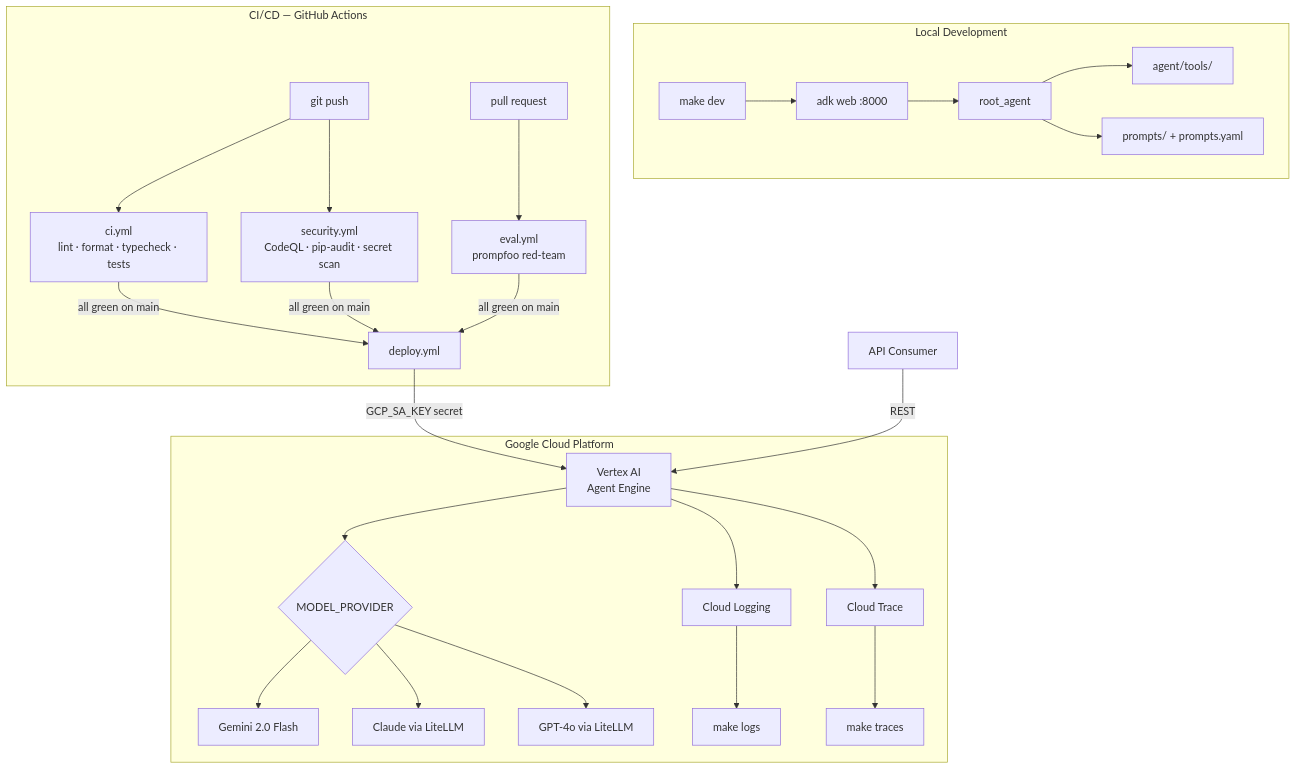
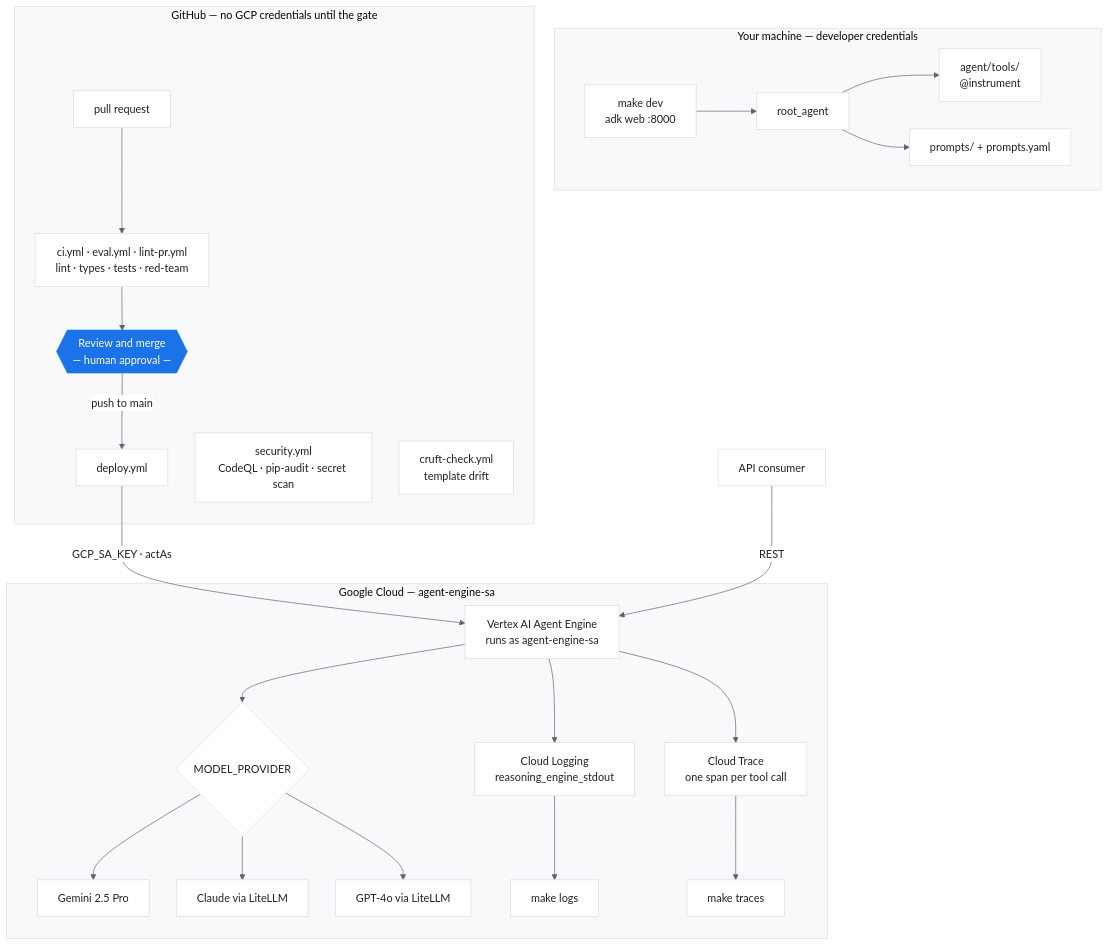
One commit to danielvogler/agent-deployment-template changed the second of 2 diagrams in README.md. Above: the diagram before and after it, drawn with Mermaid. The commit also changed other lines of this file and 15 other files, not shown here.

First line of the commit message:
docs: make AGENTS.md the single source of truth, add banners, badges and themed diagrams (#10)

````diff
--- a/README.md
+++ b/README.md
@@ -72,30 +109,35 @@
 ```mermaid
+%%{init: {"theme":"base","themeVariables":{"primaryColor":"#FFFFFF","primaryTextColor":"#202124","primaryBorderColor":"#DADCE0","lineColor":"#5F6368","secondaryColor":"#F8F9FA","tertiaryColor":"#F8F9FA","clusterBkg":"#F8F9FA","clusterBorder":"#DADCE0","edgeLabelBackground":"#FFFFFF"},"flowchart":{"curve":"basis","nodeSpacing":40,"rankSpacing":64,"useMaxWidth":true}} }%%
 flowchart TD
-    subgraph local["Local Development"]
-        DEV[make dev] --> ADK[adk web :8000]
-        ADK --> ROOT[root_agent]
-        ROOT --> TOOLS[agent/tools/]
-        ROOT --> PROMPTS[prompts/ + prompts.yaml]
+    subgraph trusted["Your machine — developer credentials"]
+        DEV["make dev<br/>adk web :8000"] --> ROOT["root_agent"]
+        ROOT --> TOOLS["agent/tools/<br/>@instrument"]
+        ROOT --> PROMPTS["prompts/ + prompts.yaml"]
     end
 
-    subgraph ci["CI/CD — GitHub Actions"]
-        PUSH[git push] --> CI[ci.yml\nlint · format · typecheck · tests]
-        PUSH --> SEC[security.yml\nCodeQL · pip-audit · secret scan]
-        PR[pull request] --> EVAL[eval.yml\nprompfoo red-team]
-        CI & SEC & EVAL -->|all green on main| DEPLOY[deploy.yml]
+    subgraph github["GitHub — no GCP credentials until the gate"]
+        PR["pull request"] --> CHECKS["ci.yml · eval.yml · lint-pr.yml<br/>lint · types · tests · red-team"]
+        CHECKS --> REVIEW{{"Review and merge<br/>— human approval —"}}
+        REVIEW -->|push to main| DEPLOY["deploy.yml"]
+        SEC["security.yml<br/>CodeQL · pip-audit · secret scan"]
+        DRIFT["cruft-check.yml<br/>template drift"]
     end
 
-    subgraph gcp["Google Cloud Platform"]
-        DEPLOY -->|GCP_SA_KEY secret| ENGINE[Vertex AI\nAgent Engine]
+    subgraph gcp["Google Cloud — agent-engine-sa"]
+        ENGINE["Vertex AI Agent Engine<br/>runs as agent-engine-sa"]
         ENGINE --> MODEL{MODEL_PROVIDER}
-        MODEL --> G[Gemini 2.0 Flash]
-        MODEL --> CL[Claude via LiteLLM]
-        MODEL --> OAI[GPT-4o via LiteLLM]
-        ENGINE --> LOG[Cloud Logging]
-        ENGINE --> TRACE[Cloud Trace]
-        LOG --> LOGSH[make logs]
-        TRACE --> TRACESH[make traces]
+        MODEL --> G["Gemini 2.5 Pro"]
+        MODEL --> CL["Claude via LiteLLM"]
+        MODEL --> OAI["GPT-4o via LiteLLM"]
+        ENGINE --> LOG["Cloud Logging<br/>reasoning_engine_stdout"]
+        ENGINE --> TRACE["Cloud Trace<br/>one span per tool call"]
+        LOG --> LOGSH["make logs"]
+        TRACE --> TRACESH["make traces"]
     end
 
-    CLIENT[API Consumer] -->|REST| ENGINE
+    DEPLOY -->|GCP_SA_KEY · actAs| ENGINE
+    CLIENT["API consumer"] -->|REST| ENGINE
+
+    classDef approval fill:#1A73E8,stroke:#1A73E8,color:#FFFFFF;
+    class REVIEW approval;
 ```
````
